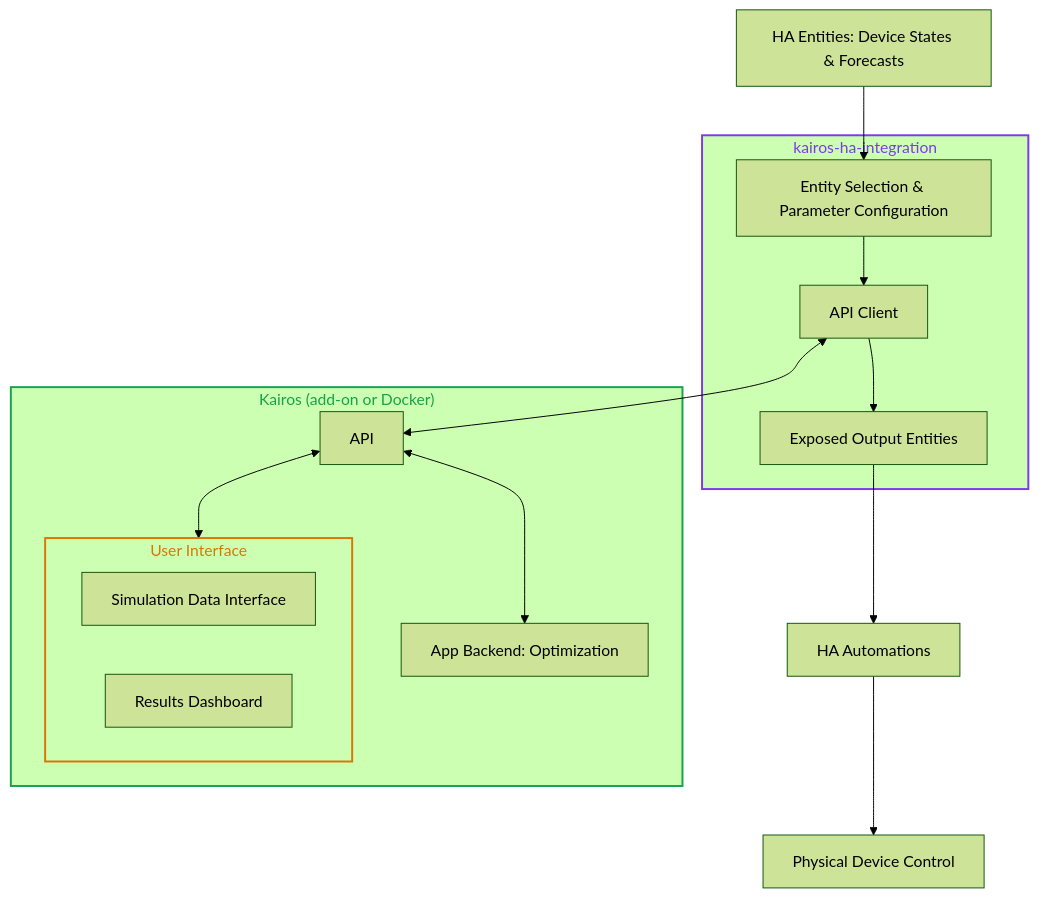
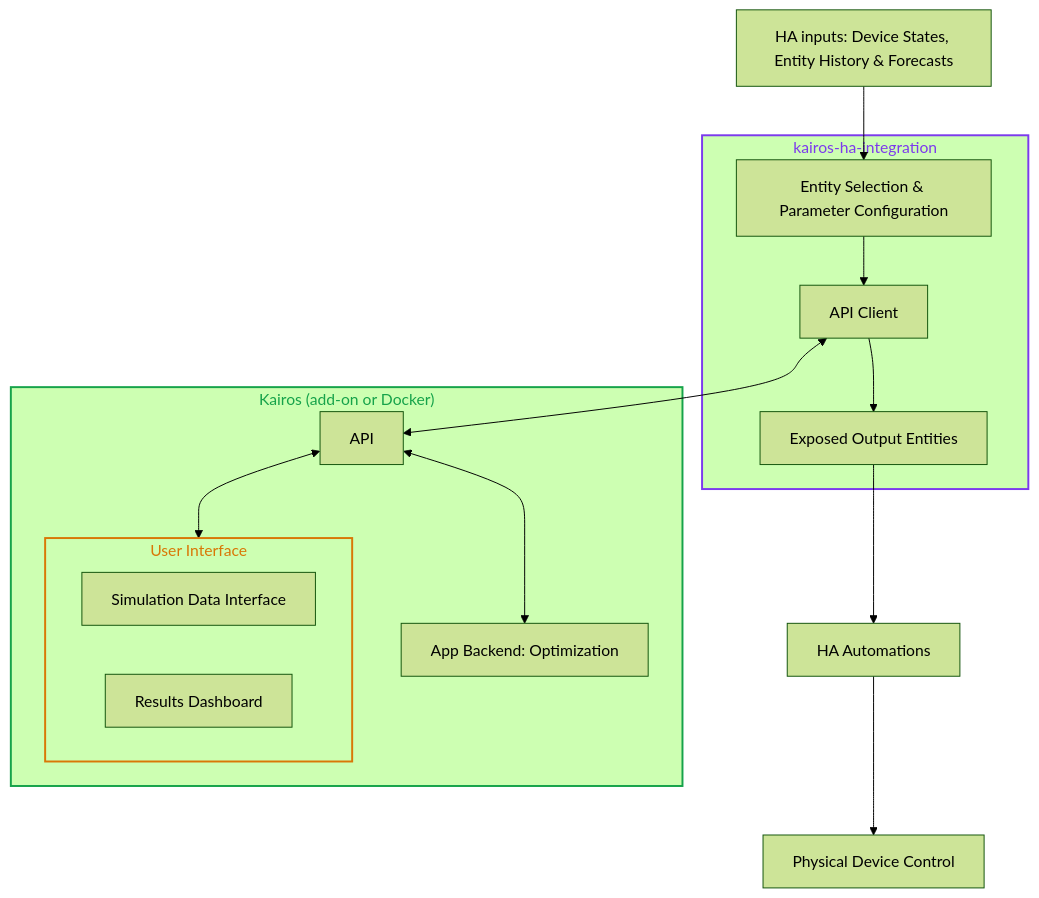
The diagram in kairos/architecture/ha_integration_architecture.md (janeaujanssen/Kairos), drawn with Mermaid (forest theme) before and after one commit. The commit also changed 15 other files, not shown here.

Commit message:
data flow architecture created

````diff
--- a/kairos/architecture/ha_integration_architecture.md
+++ b/kairos/architecture/ha_integration_architecture.md
@@ -56,40 +56,40 @@
 ```mermaid
 flowchart TB
-    A["HA Entities: Device States & Forecasts"]
+    A["HA inputs: Device States, Entity History & Forecasts"]
 
     subgraph INT["kairos-ha-integration"]
         B["Entity Selection & Parameter Configuration"]
         C["API Client"]
         D["Exposed Output Entities"]
     end
 
     subgraph APP["Kairos (add-on or Docker)"]
         API["API"]
         Backend["App Backend: Optimization"]
 
         subgraph UI["User Interface"]
             Simulation["Simulation Data Interface"]
             Dashboard["Results Dashboard"]
         end
 
         API <--> UI
         API <--> Backend
     end
 
     E["HA Automations"]
     F["Physical Device Control"]
 
     A --> B
     B --> C
 
     C <--> API
 
     C --> D
     E --> F
     D --> E
 
 %% Subgraph styling only
 style INT stroke:#7c3aed,color:#7c3aed,stroke-width:2px
 style APP stroke:#16a34a,color:#16a34a,stroke-width:2px
 style UI stroke:#d97706,color:#d97706,stroke-width:2px
 ```
````
